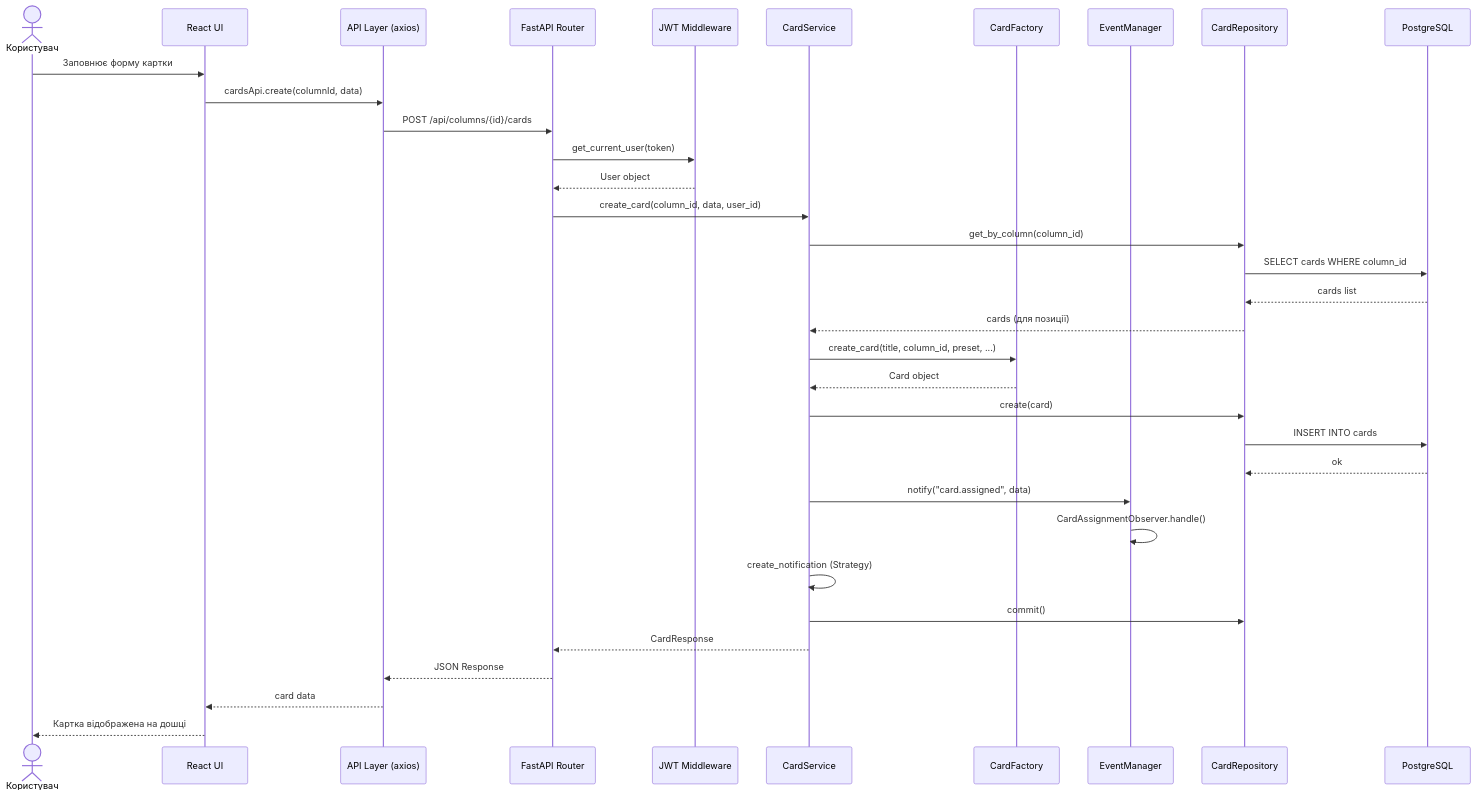
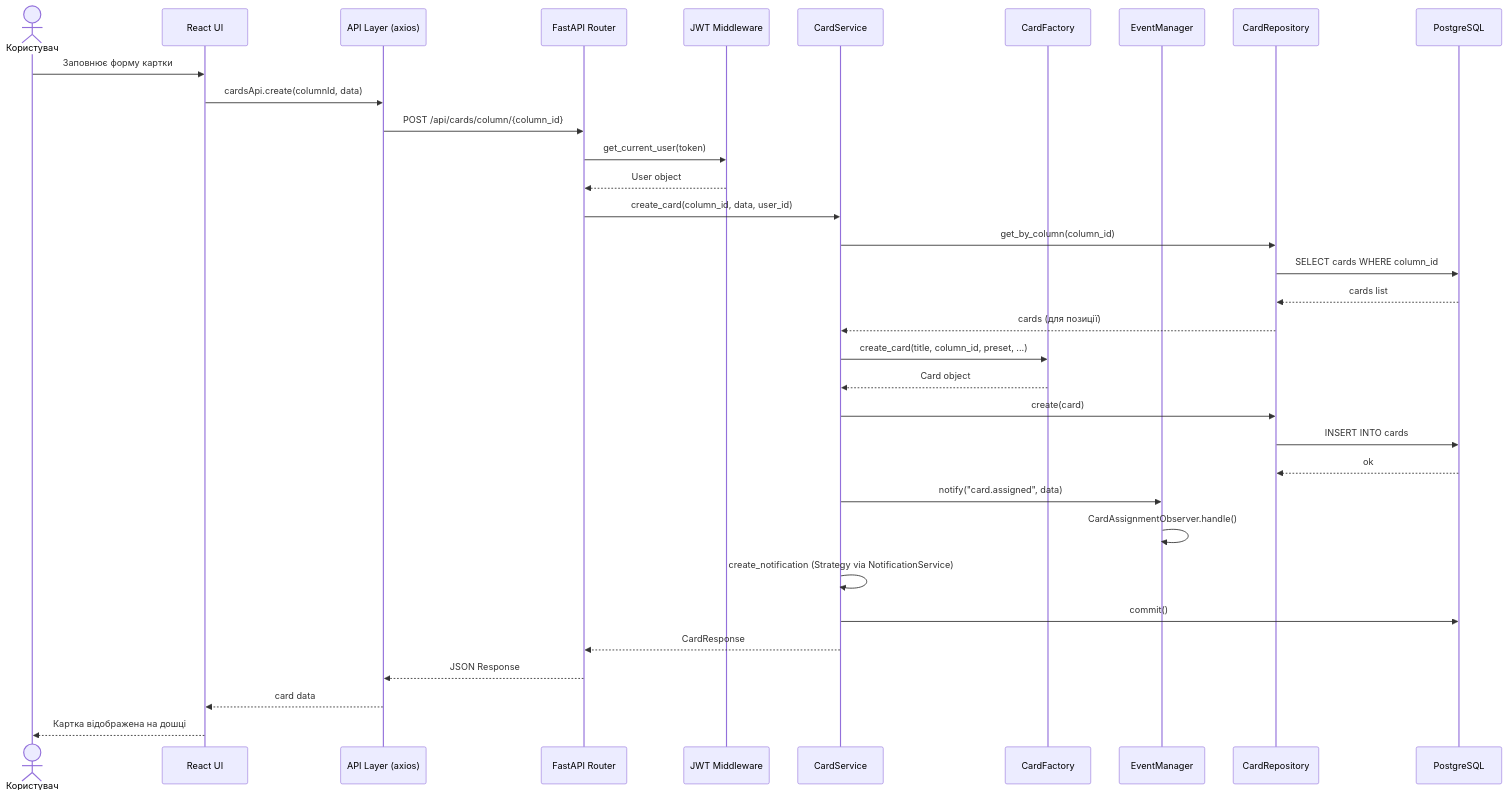
The fourth of 8 diagrams in docs/DIAGRAMS.md (harlinskyi/base-trello), drawn with Mermaid before and after one commit. The commit also changed other lines of this file and 32 other files, not shown here.

````diff
--- a/docs/DIAGRAMS.md
+++ b/docs/DIAGRAMS.md
@@ -307,37 +308,37 @@
 ```mermaid
 sequenceDiagram
     actor User as Користувач
     participant UI as React UI
     participant API as API Layer (axios)
     participant Router as FastAPI Router
     participant Auth as JWT Middleware
     participant Service as CardService
     participant Factory as CardFactory
     participant Observer as EventManager
     participant Repo as CardRepository
     participant DB as PostgreSQL
 
     User->>UI: Заповнює форму картки
     UI->>API: cardsApi.create(columnId, data)
-    API->>Router: POST /api/columns/{id}/cards
+    API->>Router: POST /api/cards/column/{column_id}
     Router->>Auth: get_current_user(token)
     Auth-->>Router: User object
     Router->>Service: create_card(column_id, data, user_id)
     Service->>Repo: get_by_column(column_id)
     Repo->>DB: SELECT cards WHERE column_id
     DB-->>Repo: cards list
     Repo-->>Service: cards (для позиції)
     Service->>Factory: create_card(title, column_id, preset, ...)
     Factory-->>Service: Card object
     Service->>Repo: create(card)
     Repo->>DB: INSERT INTO cards
     DB-->>Repo: ok
     Service->>Observer: notify("card.assigned", data)
     Observer->>Observer: CardAssignmentObserver.handle()
-    Service->>Service: create_notification (Strategy)
-    Service->>Repo: commit()
+    Service->>Service: create_notification (Strategy via NotificationService)
+    Service->>DB: commit()
     Service-->>Router: CardResponse
     Router-->>API: JSON Response
     API-->>UI: card data
     UI-->>User: Картка відображена на дошці
 ```
````
